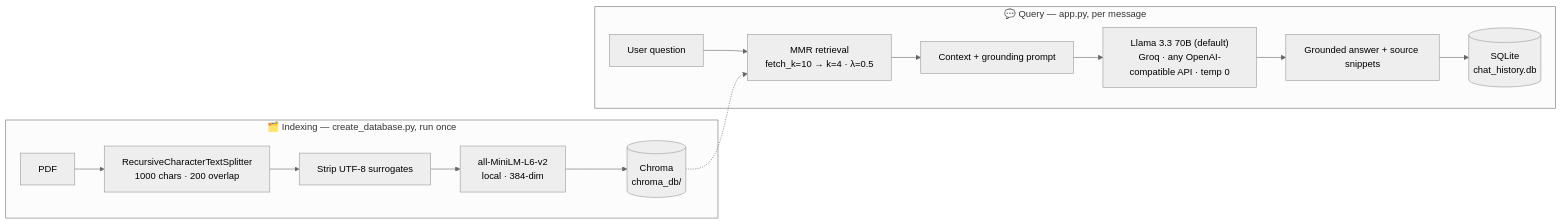
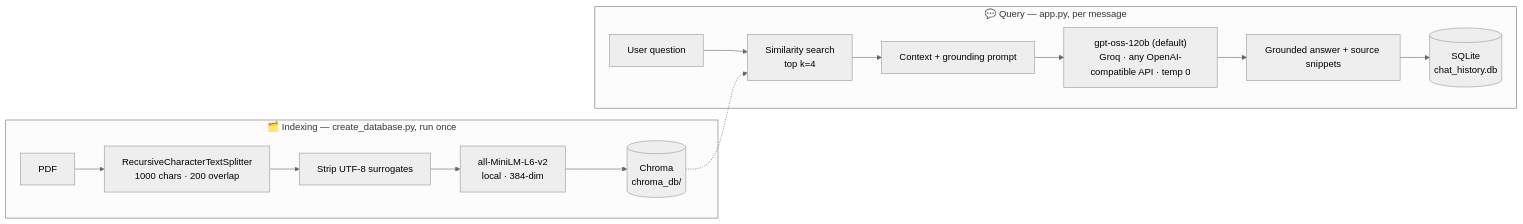
Before and after one commit to daivraval/neura-rag-chat: the diagram in README.md, drawn with Mermaid (neutral theme). The commit also changed other lines of this file and 7 other files, not shown here.

First line of the commit message:
feat: ship similarity retrieval and gpt-oss-120b, add answer-quality results

````diff
--- a/README.md
+++ b/README.md
@@ -38,18 +38,18 @@
 ```mermaid
 flowchart LR
     subgraph IDX["🗂️ Indexing — create_database.py, run once"]
         A[PDF] --> B["RecursiveCharacterTextSplitter<br/>1000 chars · 200 overlap"]
         B --> C["Strip UTF-8 surrogates"]
         C --> D["all-MiniLM-L6-v2<br/>local · 384-dim"]
         D --> E[("Chroma<br/>chroma_db/")]
     end
 
     subgraph QRY["💬 Query — app.py, per message"]
-        F[User question] --> G["MMR retrieval<br/>fetch_k=10 → k=4 · λ=0.5"]
+        F[User question] --> G["Similarity search<br/>top k=4"]
         E -.-> G
         G --> H["Context + grounding prompt"]
-        H --> I["Llama 3.3 70B (default)<br/>Groq · any OpenAI-compatible API · temp 0"]
+        H --> I["gpt-oss-120b (default)<br/>Groq · any OpenAI-compatible API · temp 0"]
         I --> J[Grounded answer + source snippets]
         J --> K[("SQLite<br/>chat_history.db")]
     end
 ```
````
